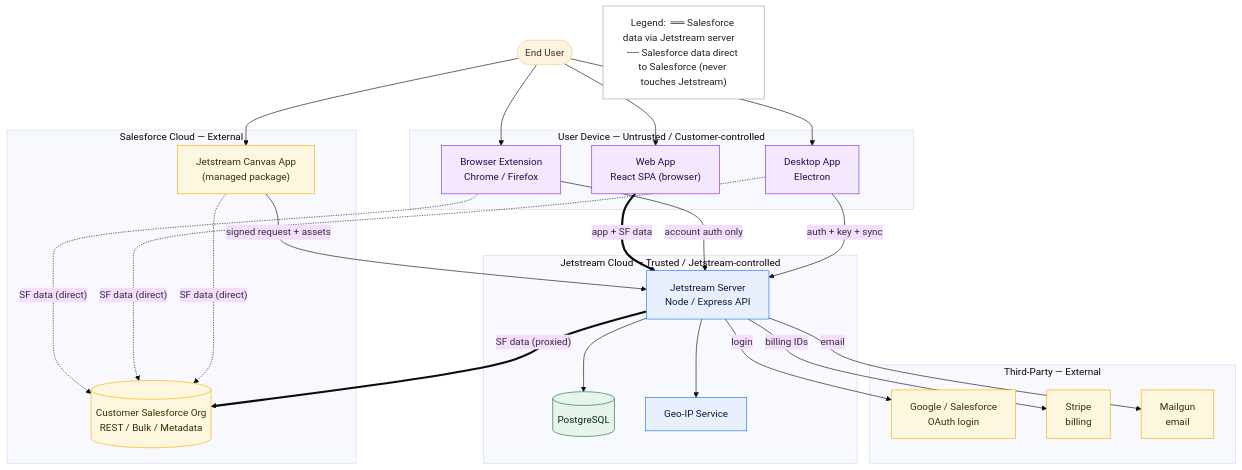
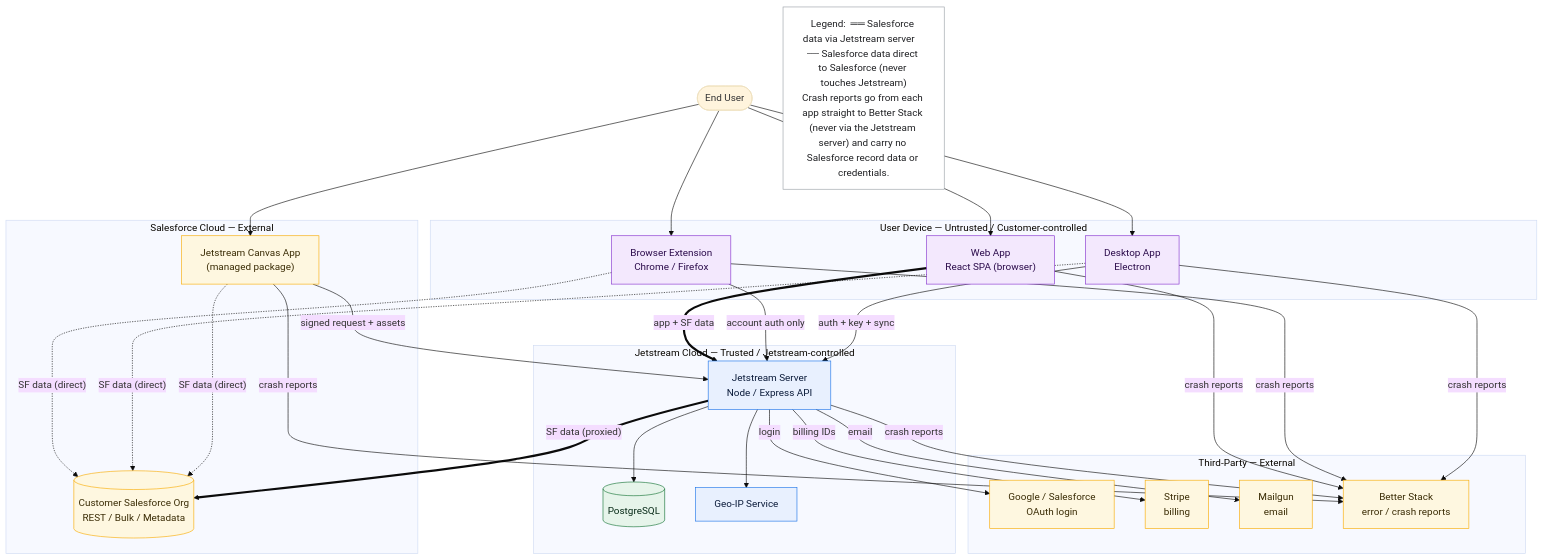
Before and after one commit to jetstreamapp/jetstream: the diagram in docs/security/data-flow-diagrams/00-system-context.mmd, drawn with Mermaid (base theme). The commit also changed 21 other files, not shown here.

Commit message:
chore: update data flow diagrams to include error tracking

```diff
--- a/docs/security/data-flow-diagrams/00-system-context.mmd
+++ b/docs/security/data-flow-diagrams/00-system-context.mmd
@@ -1,60 +1,67 @@
 flowchart TB
   user([End User])
 
   subgraph device["User Device — Untrusted / Customer-controlled"]
     web["Web App<br/>React SPA (browser)"]
     ext["Browser Extension<br/>Chrome / Firefox"]
     desk["Desktop App<br/>Electron"]
   end
 
   subgraph jetcloud["Jetstream Cloud — Trusted / Jetstream-controlled"]
     api["Jetstream Server<br/>Node / Express API"]
     db[("PostgreSQL")]
     geo["Geo-IP Service"]
   end
 
   subgraph sfcloud["Salesforce Cloud — External"]
     canvas["Jetstream Canvas App<br/>(managed package)"]
     sfapi[("Customer Salesforce Org<br/>REST / Bulk / Metadata")]
   end
 
   subgraph third["Third-Party — External"]
     google["Google / Salesforce<br/>OAuth login"]
     stripe["Stripe<br/>billing"]
     mailgun["Mailgun<br/>email"]
+    errors["Better Stack<br/>error / crash reports"]
   end
 
   user --> web
   user --> ext
   user --> desk
   user --> canvas
 
   web ==>|"app + SF data"| api
   ext -->|"account auth only"| api
   desk -->|"auth + key + sync"| api
   canvas -->|"signed request + assets"| api
 
   ext -.->|"SF data (direct)"| sfapi
   desk -.->|"SF data (direct)"| sfapi
   canvas -.->|"SF data (direct)"| sfapi
   api ==>|"SF data (proxied)"| sfapi
 
   api --> db
   api --> geo
   api -->|login| google
   api -->|"billing IDs"| stripe
   api -->|email| mailgun
 
-  legend["Legend:  ══ Salesforce data via Jetstream server    ┄┄ Salesforce data direct to Salesforce (never touches Jetstream)"]
+  web -->|"crash reports"| errors
+  ext -->|"crash reports"| errors
+  desk -->|"crash reports"| errors
+  canvas -->|"crash reports"| errors
+  api -->|"crash reports"| errors
+
+  legend["Legend:  ══ Salesforce data via Jetstream server    ┄┄ Salesforce data direct to Salesforce (never touches Jetstream)<br/>Crash reports go from each app straight to Better Stack (never via the Jetstream server) and carry no Salesforce record data or credentials."]
 
   classDef trusted fill:#e8f0fe,stroke:#1a73e8,color:#0b1b3a
   classDef external fill:#fef7e0,stroke:#f9ab00,color:#3a2c05
   classDef store fill:#e6f4ea,stroke:#137333,color:#062916
   classDef client fill:#f3e8fd,stroke:#8430ce,color:#2a0a4a
   classDef note fill:#ffffff,stroke:#9aa0a6,color:#202124
 
   class api,geo trusted
   class db store
   class web,ext,desk client
-  class sfapi,canvas,google,stripe,mailgun external
+  class sfapi,canvas,google,stripe,mailgun,errors external
   class legend note
```
